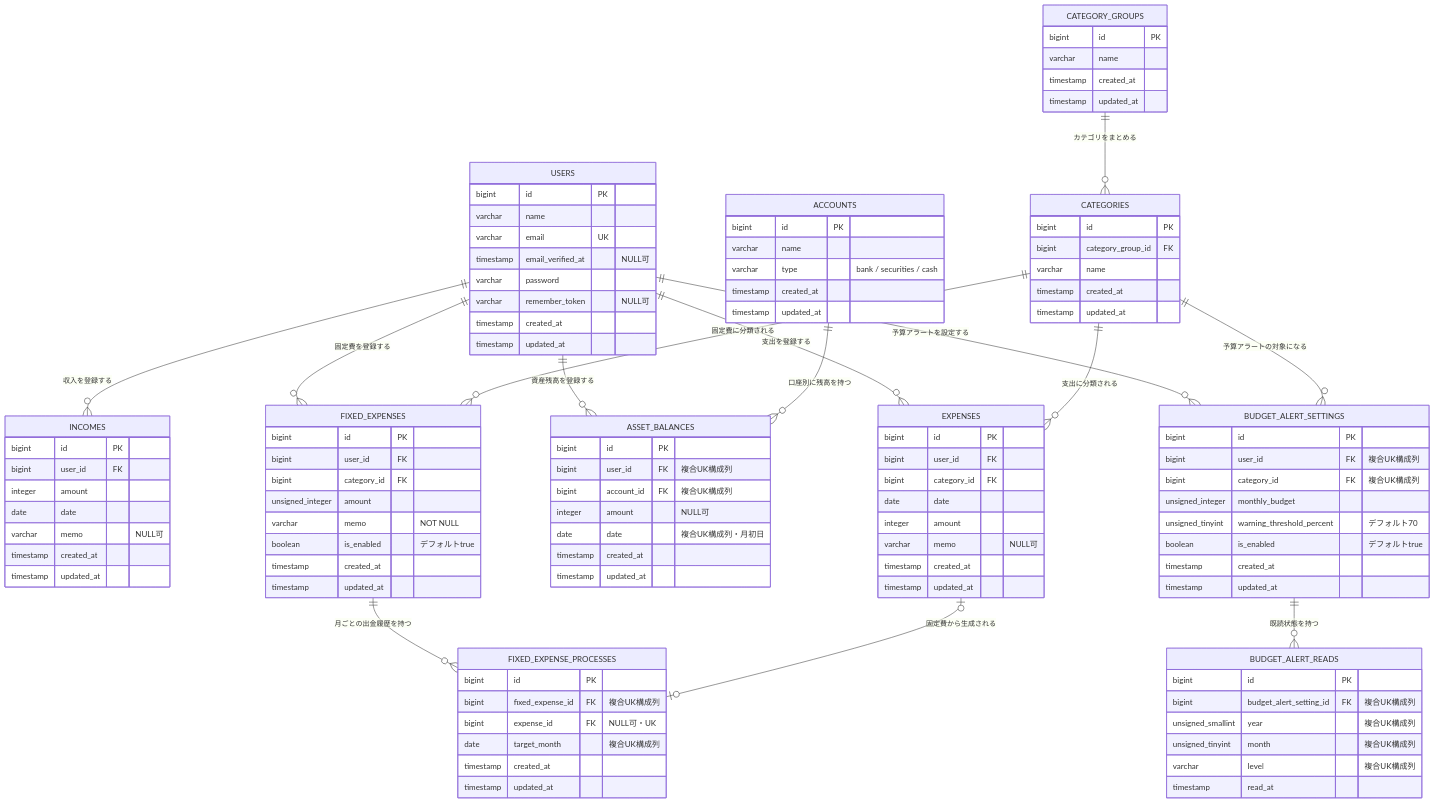
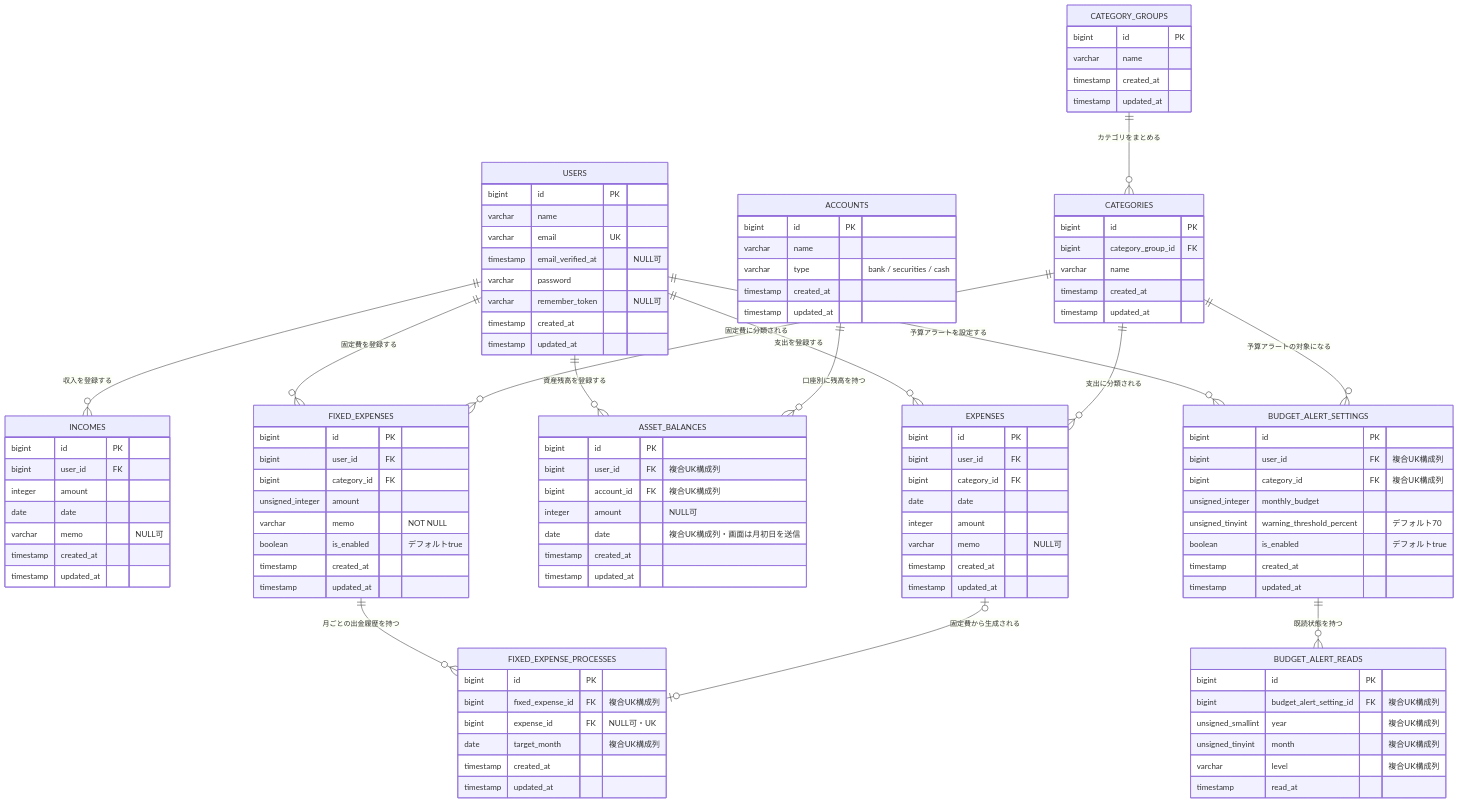
One commit to sub-law/kakeibo-mobile-api changed the first of 2 diagrams in docs/er-diagram.md. Above: the diagram before and after it, drawn with Mermaid. The commit also changed other lines of this file and 2 other files, not shown here.

```diff
--- a/docs/er-diagram.md
+++ b/docs/er-diagram.md
@@ -80,7 +80,7 @@
         bigint user_id FK "複合UK構成列"
         bigint account_id FK "複合UK構成列"
         integer amount "NULL可"
-        date date "複合UK構成列・月初日"
+        date date "複合UK構成列・画面は月初日を送信"
         timestamp created_at
         timestamp updated_at
     }
```
